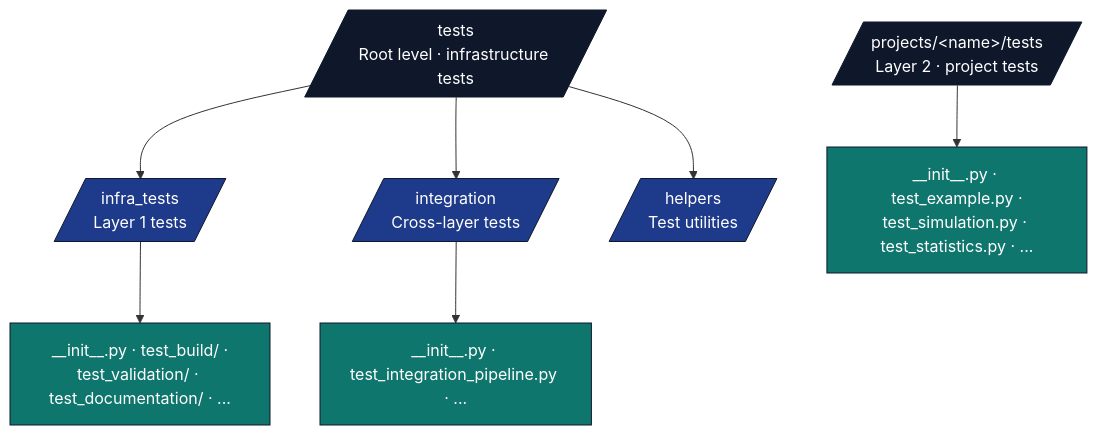
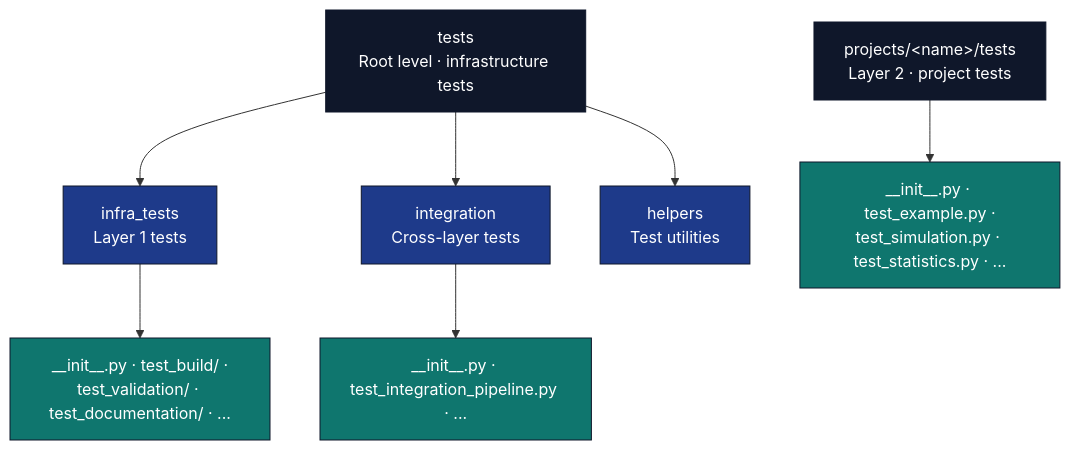
The seventh of 9 diagrams in docs/architecture/two-layer-architecture.md (docxology/template), drawn with Mermaid before and after one commit. The commit also changed other lines of this file and 94 other files, not shown here.

````diff
--- a/docs/architecture/two-layer-architecture.md
+++ b/docs/architecture/two-layer-architecture.md
@@ -316,20 +316,20 @@
 ```mermaid
 flowchart TB
-    ROOT_TESTS[/tests<br/>Root level · infrastructure tests/]
-    ROOT_TESTS --> INFRA_T[/infra_tests<br/>Layer 1 tests/]
-    ROOT_TESTS --> INTEG[/integration<br/>Cross-layer tests/]
-    ROOT_TESTS --> HELPERS[/helpers<br/>Test utilities/]
+    ROOT_TESTS[tests<br/>Root level · infrastructure tests]
+    ROOT_TESTS --> INFRA_T[infra_tests<br/>Layer 1 tests]
+    ROOT_TESTS --> INTEG[integration<br/>Cross-layer tests]
+    ROOT_TESTS --> HELPERS[helpers<br/>Test utilities]
 
     INFRA_T --> INFRA_F[__init__.py · test_build/ ·<br/>test_validation/ · test_documentation/ · ...]
     INTEG --> INTEG_F[__init__.py · test_integration_pipeline.py · ...]
 
-    PROJ_TESTS[/projects/&lt;name&gt;/tests<br/>Layer 2 · project tests/]
+    PROJ_TESTS[projects/&lt;name&gt;/tests<br/>Layer 2 · project tests]
     PROJ_TESTS --> PROJ_F[__init__.py · test_example.py ·<br/>test_simulation.py · test_statistics.py · ...]
 
     classDef d fill:#0f172a,stroke:#0f172a,color:#fff
     classDef pkg fill:#1e3a8a,stroke:#0f172a,color:#fff
     classDef f fill:#0f766e,stroke:#0f172a,color:#fff
     class ROOT_TESTS,PROJ_TESTS d
     class INFRA_T,INTEG,HELPERS pkg
     class INFRA_F,INTEG_F,PROJ_F f
 ```
````
